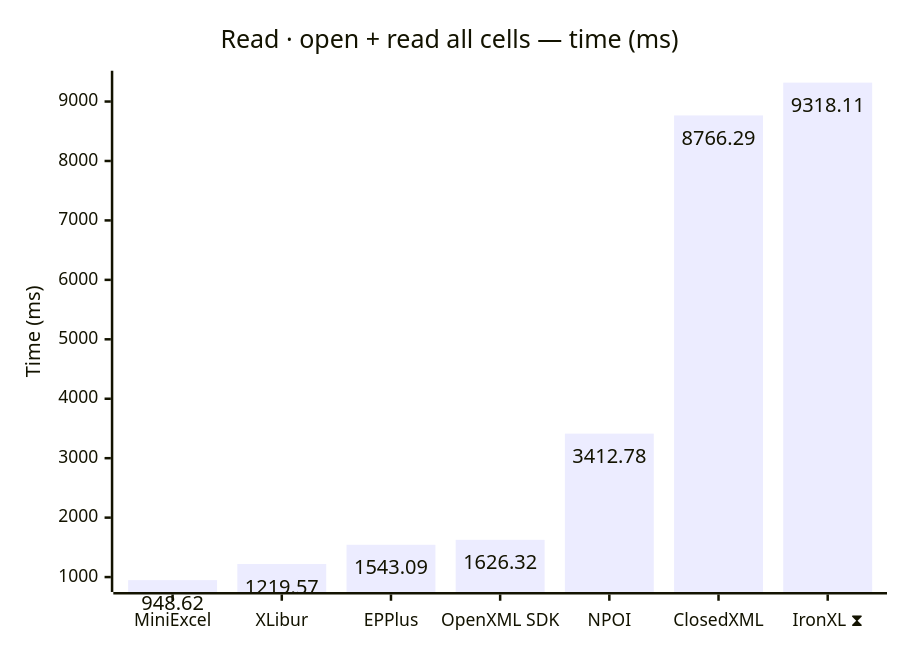
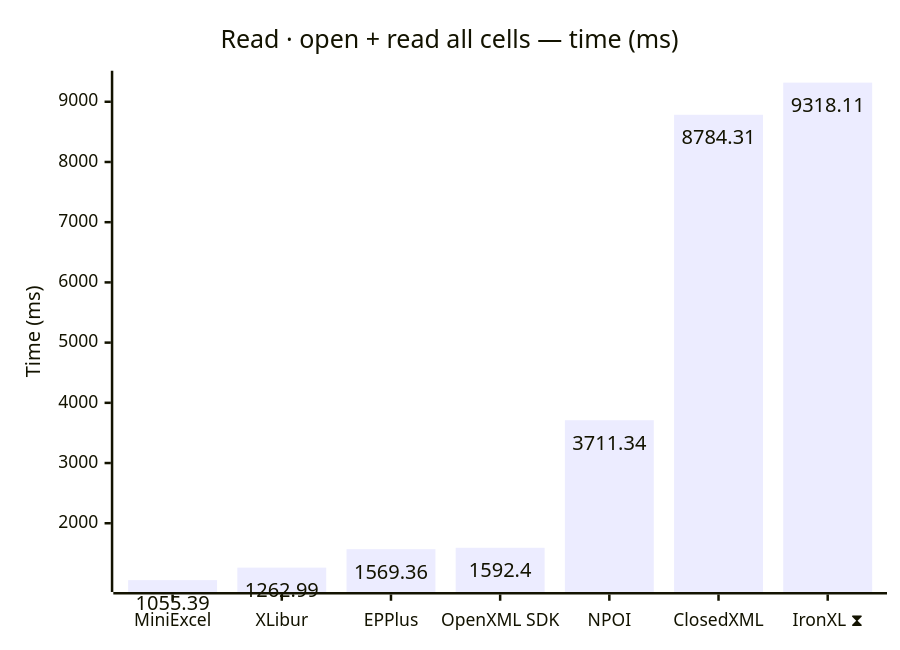
One commit to jafin/XLBench changed the third of 12 diagrams in docs/results-ci.md. Above: the diagram before and after it, drawn with Mermaid. The commit also changed other lines of this file, not shown here.

````diff
--- a/docs/results-ci.md
+++ b/docs/results-ci.md
@@ -67,12 +67,12 @@
 ```mermaid
 ---
 config:
   xyChart:
     showDataLabel: true
 ---
 xychart-beta
     title "Read · open + read all cells — time (ms)"
     x-axis ["MiniExcel", "XLibur", "EPPlus", "OpenXML SDK", "NPOI", "ClosedXML", "IronXL ⧗"]
     y-axis "Time (ms)"
-    bar [948.62, 1219.57, 1543.09, 1626.32, 3412.78, 8766.29, 9318.11]
+    bar [1055.39, 1262.99, 1569.36, 1592.4, 3711.34, 8784.31, 9318.11]
 ```
````
